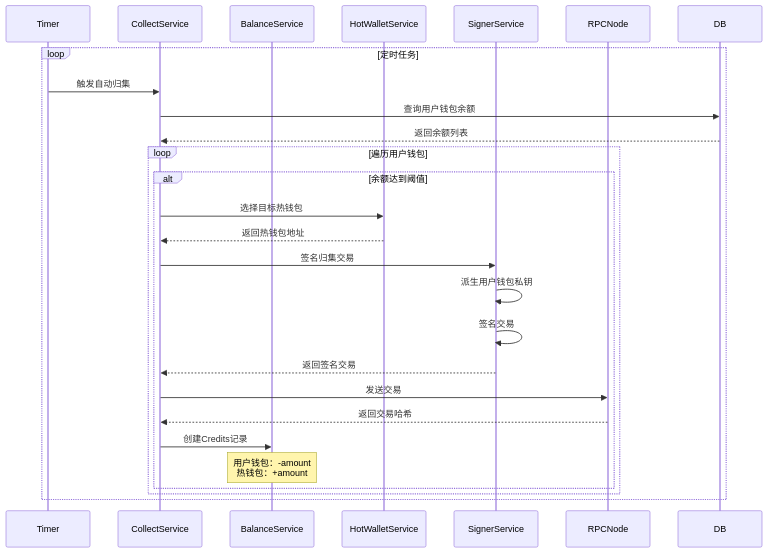
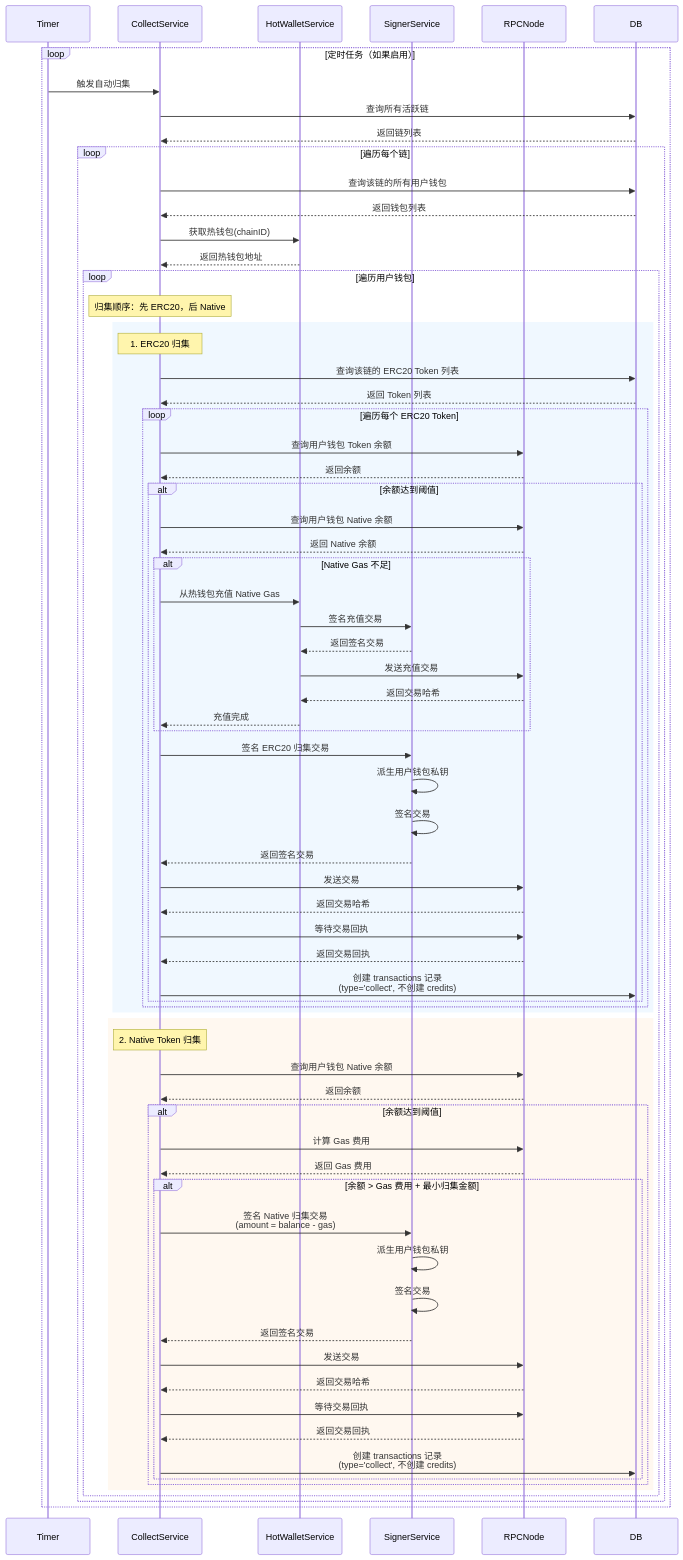
The fifth of 5 diagrams in docs/hd-wallet-design.md (chapool/go-wallet), drawn with Mermaid before and after one commit. The commit also changed other lines of this file, not shown here.

Commit message:
docs: 更新归集流程时序图，与实际实现保持一致
- 移除不正确的 BalanceService 和 Credits 记录创建步骤
- 添加先归集 ERC20 再归集 Native Token 的顺序
- 添加 ERC20 归集时的 Native Gas 充值逻辑
- 明确归集只创建 transactions 记录，不影响用户余额
- 添加遍历链和 Token 的详细流程

```diff
--- a/docs/hd-wallet-design.md
+++ b/docs/hd-wallet-design.md
@@ -2455,33 +2455,90 @@
 sequenceDiagram
     participant Timer
     participant CollectService
-    participant BalanceService
     participant HotWalletService
     participant SignerService
     participant RPCNode
     participant DB
 
-    loop 定时任务
+    loop 定时任务（如果启用）
         Timer->>CollectService: 触发自动归集
         
-        CollectService->>DB: 查询用户钱包余额
-        DB-->>CollectService: 返回余额列表
+        CollectService->>DB: 查询所有活跃链
+        DB-->>CollectService: 返回链列表
         
-        loop 遍历用户钱包
-            alt 余额达到阈值
-                CollectService->>HotWalletService: 选择目标热钱包
-                HotWalletService-->>CollectService: 返回热钱包地址
+        loop 遍历每个链
+            CollectService->>DB: 查询该链的所有用户钱包
+            DB-->>CollectService: 返回钱包列表
+            
+            CollectService->>HotWalletService: 获取热钱包(chainID)
+            HotWalletService-->>CollectService: 返回热钱包地址
+            
+            loop 遍历用户钱包
+                Note over CollectService: 归集顺序：先 ERC20，后 Native
                 
-                CollectService->>SignerService: 签名归集交易
-                SignerService->>SignerService: 派生用户钱包私钥
-                SignerService->>SignerService: 签名交易
-                SignerService-->>CollectService: 返回签名交易
+                rect rgb(240, 248, 255)
+                    Note over CollectService: 1. ERC20 归集
+                    CollectService->>DB: 查询该链的 ERC20 Token 列表
+                    DB-->>CollectService: 返回 Token 列表
+                    
+                    loop 遍历每个 ERC20 Token
+                        CollectService->>RPCNode: 查询用户钱包 Token 余额
+                        RPCNode-->>CollectService: 返回余额
+                        
+                        alt 余额达到阈值
+                            CollectService->>RPCNode: 查询用户钱包 Native 余额
+                            RPCNode-->>CollectService: 返回 Native 余额
+                            
+                            alt Native Gas 不足
+                                CollectService->>HotWalletService: 从热钱包充值 Native Gas
+                                HotWalletService->>SignerService: 签名充值交易
+                                SignerService-->>HotWalletService: 返回签名交易
+                                HotWalletService->>RPCNode: 发送充值交易
+                                RPCNode-->>HotWalletService: 返回交易哈希
+                                HotWalletService-->>CollectService: 充值完成
+                            end
+                            
+                            CollectService->>SignerService: 签名 ERC20 归集交易
+                            SignerService->>SignerService: 派生用户钱包私钥
+                            SignerService->>SignerService: 签名交易
+                            SignerService-->>CollectService: 返回签名交易
+                            
+                            CollectService->>RPCNode: 发送交易
+                            RPCNode-->>CollectService: 返回交易哈希
+                            
+                            CollectService->>RPCNode: 等待交易回执
+                            RPCNode-->>CollectService: 返回交易回执
+                            
+                            CollectService->>DB: 创建 transactions 记录<br/>(type='collect', 不创建 credits)
+                        end
+                    end
+                end
                 
-                CollectService->>RPCNode: 发送交易
-                RPCNode-->>CollectService: 返回交易哈希
-                
-                CollectService->>BalanceService: 创建Credits记录
-                Note over BalanceService: 用户钱包：-amount<br/>热钱包：+amount
+                rect rgb(255, 248, 240)
+                    Note over CollectService: 2. Native Token 归集
+                    CollectService->>RPCNode: 查询用户钱包 Native 余额
+                    RPCNode-->>CollectService: 返回余额
+                    
+                    alt 余额达到阈值
+                        CollectService->>RPCNode: 计算 Gas 费用
+                        RPCNode-->>CollectService: 返回 Gas 费用
+                        
+                        alt 余额 > Gas 费用 + 最小归集金额
+                            CollectService->>SignerService: 签名 Native 归集交易<br/>(amount = balance - gas)
+                            SignerService->>SignerService: 派生用户钱包私钥
+                            SignerService->>SignerService: 签名交易
+                            SignerService-->>CollectService: 返回签名交易
+                            
+                            CollectService->>RPCNode: 发送交易
+                            RPCNode-->>CollectService: 返回交易哈希
+                            
+                            CollectService->>RPCNode: 等待交易回执
+                            RPCNode-->>CollectService: 返回交易回执
+                            
+                            CollectService->>DB: 创建 transactions 记录<br/>(type='collect', 不创建 credits)
+                        end
+                    end
+                end
             end
         end
     end
```
